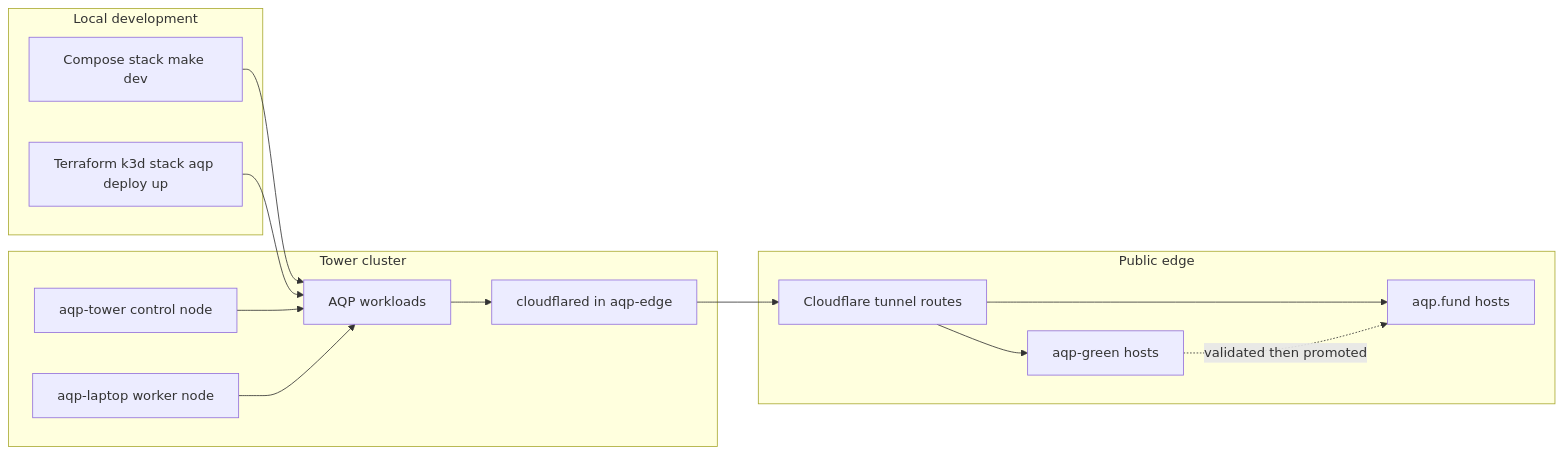
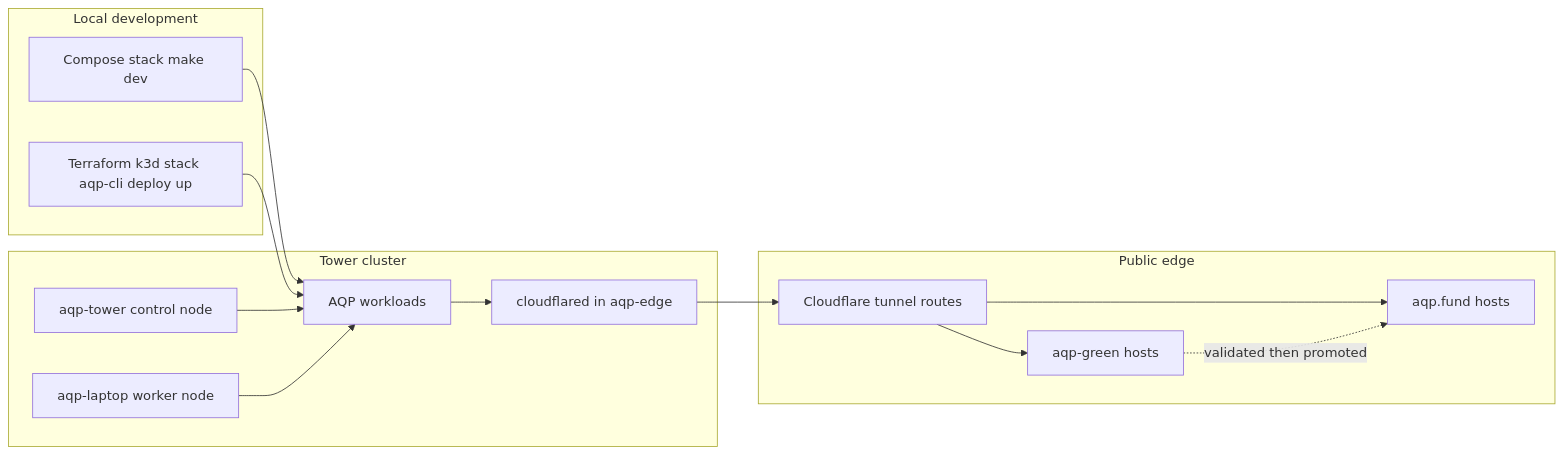
The second of 2 diagrams in README.md (julianwileymac/agentic_quant_platform), drawn with Mermaid before and after one commit. The commit also changed other lines of this file and 120 other files, not shown here.

````diff
--- a/README.md
+++ b/README.md
@@ -148,30 +148,30 @@
 ```mermaid
 flowchart LR
     subgraph localDev [Local development]
         composeStack[Compose stack make dev]
-        tfK3d[Terraform k3d stack aqp deploy up]
+        tfK3d[Terraform k3d stack aqp-cli deploy up]
     end
 
     subgraph cluster [Tower cluster]
         towerNode[aqp-tower control node]
         laptopNode[aqp-laptop worker node]
         aqpWorkloads[AQP workloads]
         edgeConnector[cloudflared in aqp-edge]
     end
 
     subgraph publicEdge [Public edge]
         cfTunnel[Cloudflare tunnel routes]
         greenHosts[aqp-green hosts]
         primaryHosts[aqp.fund hosts]
     end
 
     composeStack --> aqpWorkloads
     tfK3d --> aqpWorkloads
     towerNode --> aqpWorkloads
     laptopNode --> aqpWorkloads
     aqpWorkloads --> edgeConnector
     edgeConnector --> cfTunnel
     cfTunnel --> greenHosts
     cfTunnel --> primaryHosts
     greenHosts -.validated then promoted.-> primaryHosts
 ```
````
